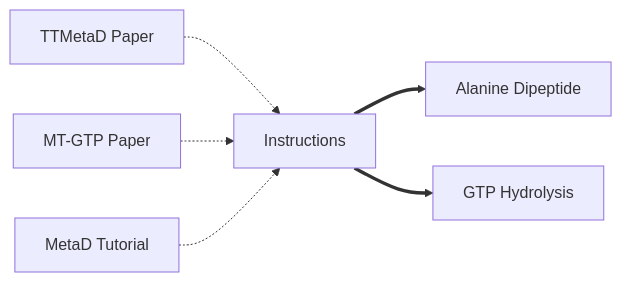
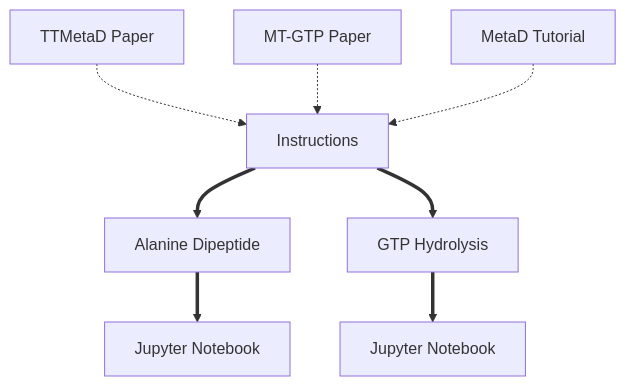
Before and after one commit to uchicago-voth/masterclass-24-09-ttmetad: the diagram in NAVIGATION.md, drawn with Mermaid. The commit also changed 3 other files, not shown here.

````diff
--- a/NAVIGATION.md
+++ b/NAVIGATION.md
@@ -5,14 +5,18 @@
 ```mermaid
-flowchart LR
+flowchart TB
 A[TTMetaD Paper] -.-> D[Instructions]
 B[MT-GTP Paper] -.-> D[Instructions]
 C[MetaD Tutorial] -.-> D[Instructions]
 D[Instructions] ==> E[Alanine Dipeptide]
 D[Instructions] ==> F[GTP Hydrolysis]
+E[Alanine Dipeptide] ==> G[Jupyter Notebook]
+F[GTP Hydrolysis] ==> H[Jupyter Notebook]
 click A "ref1" "You should read this paper before completing this exercise"
 click B "ref2" "You are recommended to read this paper but not required"
 click C "ref3" "A previous tutorial that introduces the basics of MetaD"
 click D "INSTRUCTIONS.md" "Instructions for the exercise that you are supposed to complete"
 click E "alad/alad_plumed.dat" "The complete input file for the Alanine Dipeptide example"
 click F "mt_gtp/mt_gtp_plumed.dat" "The complete input file for the GTP hydrolysis in microtubules example"
+click G "alad/visualize.ipynb" "Jupyter Notebook for the Alanine Dipeptide example"
+click H "mt_gtp/visualize.ipynb" "Jupyter Notebook for the GTP hydrolysis in microtubules example"
 ```
````
